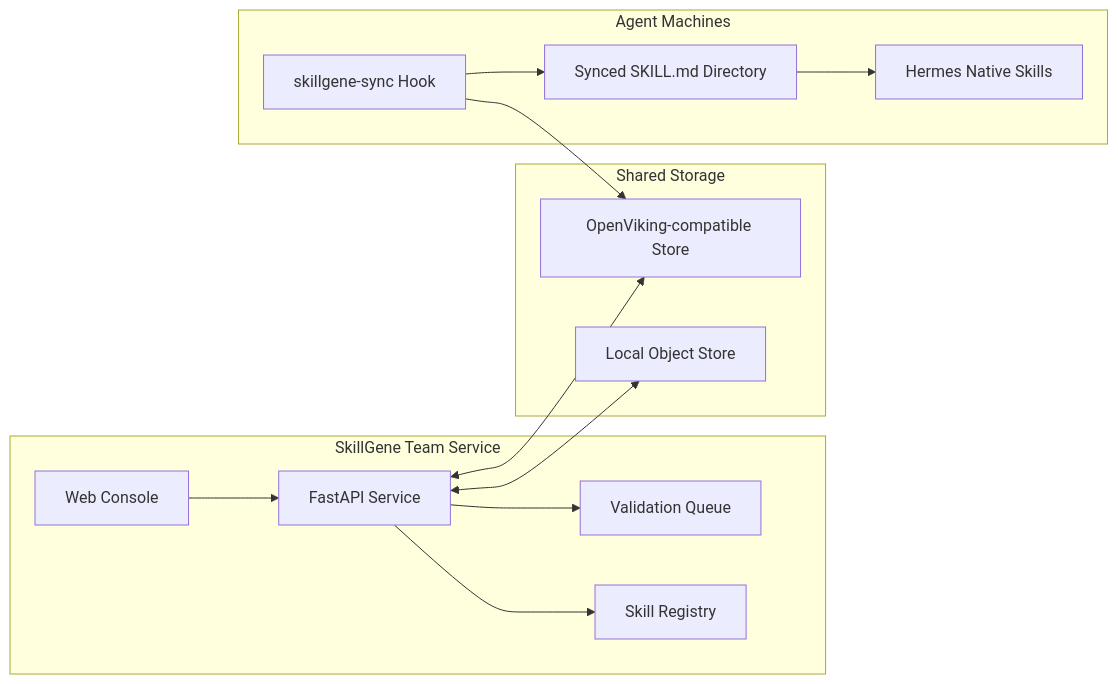
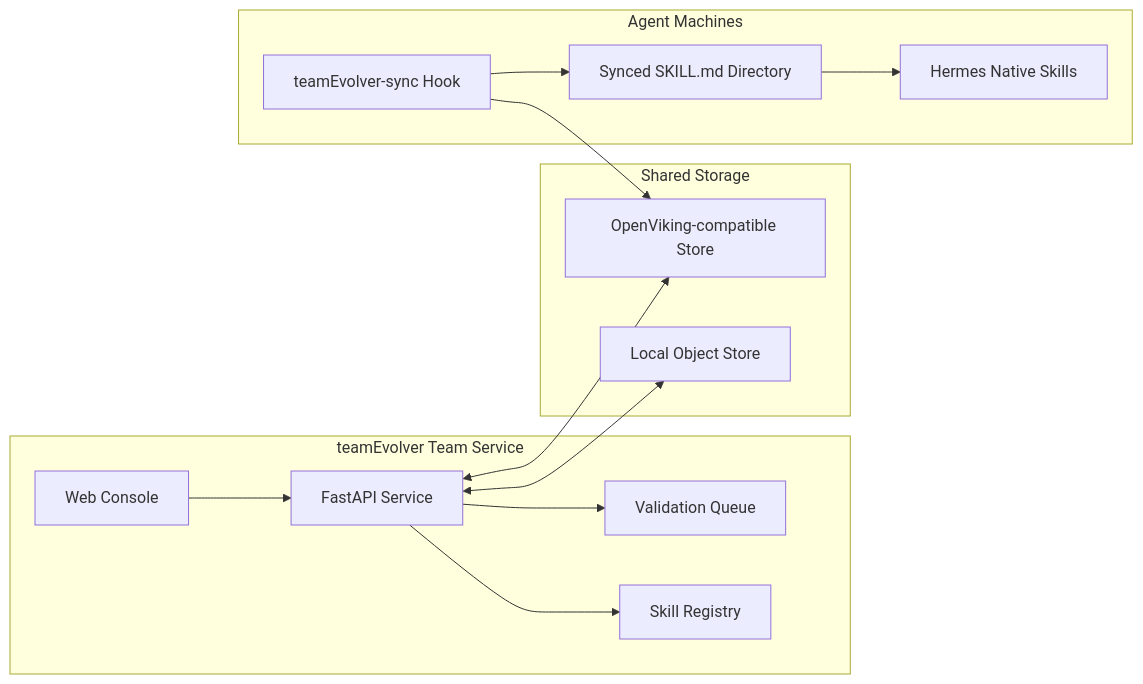
One commit to leoriczhang/teamEvolver changed the first of 4 diagrams in README.md. Above: the diagram before and after it, drawn with Mermaid. The commit also changed other lines of this file and 127 other files, not shown here.

Commit message:
Rename project to teamEvolver

````diff
--- a/README.md
+++ b/README.md
@@ -70,29 +70,29 @@
 ```mermaid
 flowchart LR
-    subgraph Team["SkillGene Team Service"]
+    subgraph Team["teamEvolver Team Service"]
         Console["Web Console"]
         API["FastAPI Service"]
         Registry["Skill Registry"]
         Validation["Validation Queue"]
     end
 
     subgraph Storage["Shared Storage"]
         Local["Local Object Store"]
         Viking["OpenViking-compatible Store"]
     end
 
     subgraph Agent["Agent Machines"]
-        Sync["skillgene-sync Hook"]
+        Sync["teamEvolver-sync Hook"]
         Dir["Synced SKILL.md Directory"]
         Hermes["Hermes Native Skills"]
     end
 
     Console --> API
     API --> Registry
     API --> Validation
     API <--> Local
     API <--> Viking
     Sync --> Viking
     Sync --> Dir
     Dir --> Hermes
 ```
````
